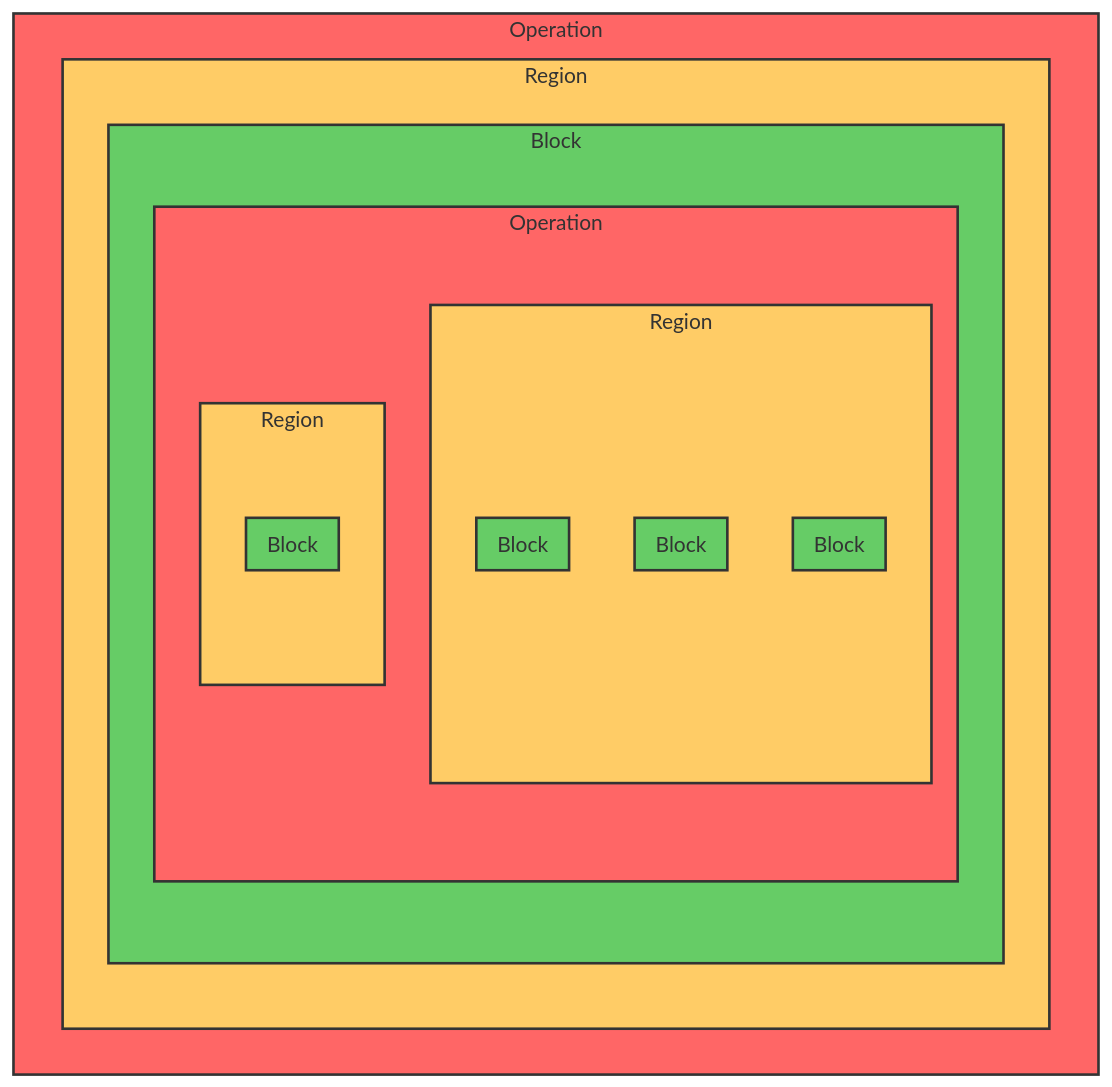
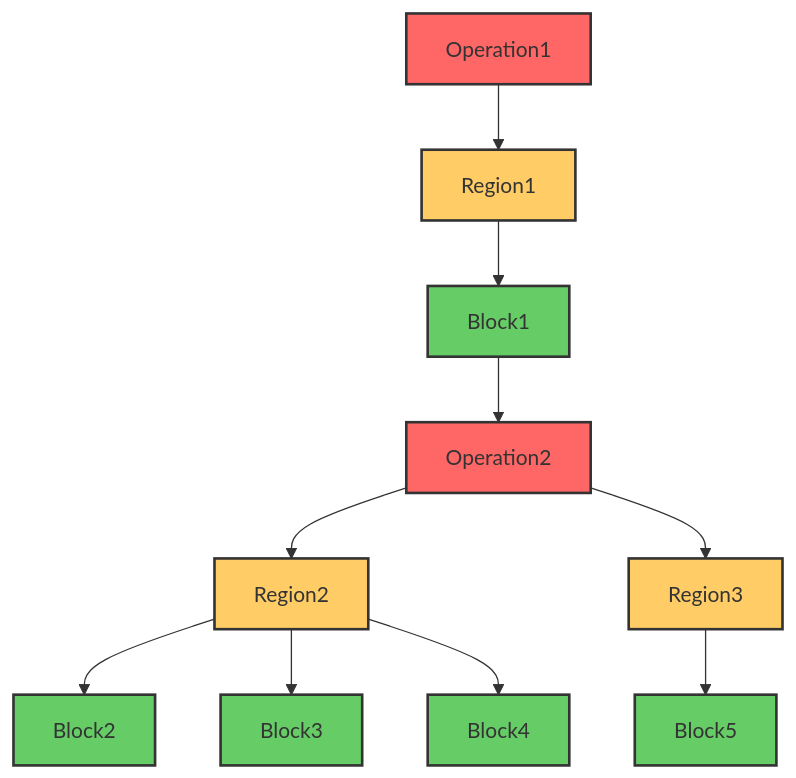
One commit to Ameya674/mlir_for_beginners changed the second of 2 diagrams in Introduction.md. Above: the diagram before and after it, drawn with Mermaid.

````diff
--- a/Introduction.md
+++ b/Introduction.md
@@ -98,34 +98,24 @@
 ```mermaid
 graph TD
-    subgraph Op1[Operation]
-        subgraph Reg1[Region]
-            subgraph Block1[Block]
-                subgraph Op2[Operation]
-                    subgraph Reg2[Region]
-                        subgraph Block2[Block]
-                        end
-                        subgraph Block3[Block]
-                        end
-                        subgraph Block4[Block]
-                        end
-                    end
-                    subgraph Reg3[Region]
-                        subgraph Block5[Block]
-                        end
-                    end
-                end
-            end
-        end
-    end
+    A[Operation1] --> B[Region1]
+    B --> C[Block1]
+    C --> D[Operation2]
+    D --> E[Region2]
+    D --> F[Region3]
+    E --> G[Block2]
+    E --> H[Block3]
+    E --> I[Block4]
+    F --> J[Block5]
 
-    style Op1 fill:#FF6666,stroke:#333,stroke-width:2px
-    style Reg1 fill:#FFCC66,stroke:#333,stroke-width:2px
-    style Block1 fill:#66CC66,stroke:#333,stroke-width:2px
-    style Op2 fill:#FF6666,stroke:#333,stroke-width:2px
-    style Reg2 fill:#FFCC66,stroke:#333,stroke-width:2px
-    style Reg3 fill:#FFCC66,stroke:#333,stroke-width:2px
-    style Block2 fill:#66CC66,stroke:#333,stroke-width:2px
-    style Block3 fill:#66CC66,stroke:#333,stroke-width:2px
-    style Block4 fill:#66CC66,stroke:#333,stroke-width:2px
-    style Block5 fill:#66CC66,stroke:#333,stroke-width:2px
+    style A fill:#FF6666,stroke:#333,stroke-width:2px
+    style B fill:#FFCC66,stroke:#333,stroke-width:2px
+    style C fill:#66CC66,stroke:#333,stroke-width:2px
+    style D fill:#FF6666,stroke:#333,stroke-width:2px
+    style E fill:#FFCC66,stroke:#333,stroke-width:2px
+    style F fill:#FFCC66,stroke:#333,stroke-width:2px
+    style G fill:#66CC66,stroke:#333,stroke-width:2px
+    style H fill:#66CC66,stroke:#333,stroke-width:2px
+    style I fill:#66CC66,stroke:#333,stroke-width:2px
+    style J fill:#66CC66,stroke:#333,stroke-width:2px
+
 ```
````
